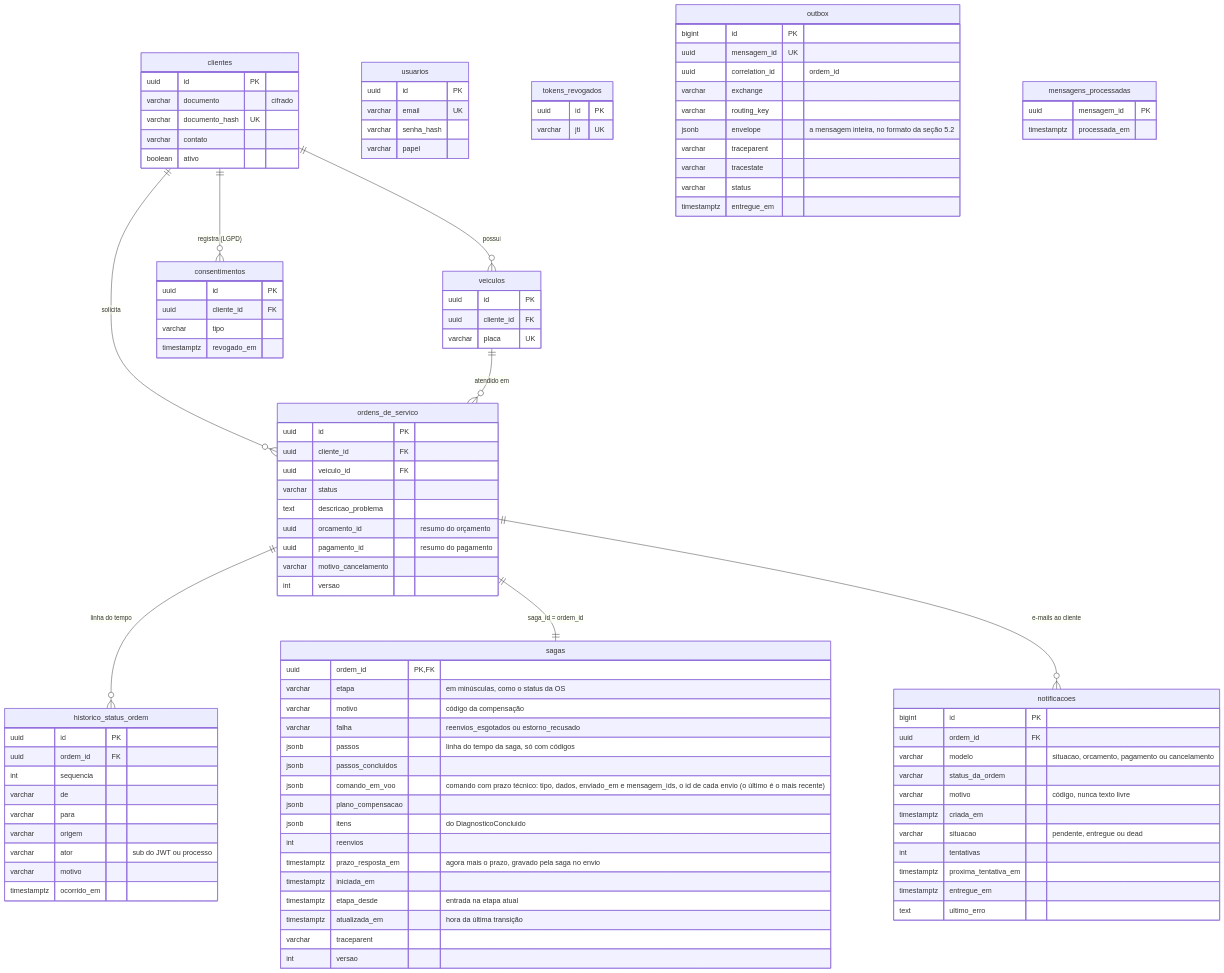
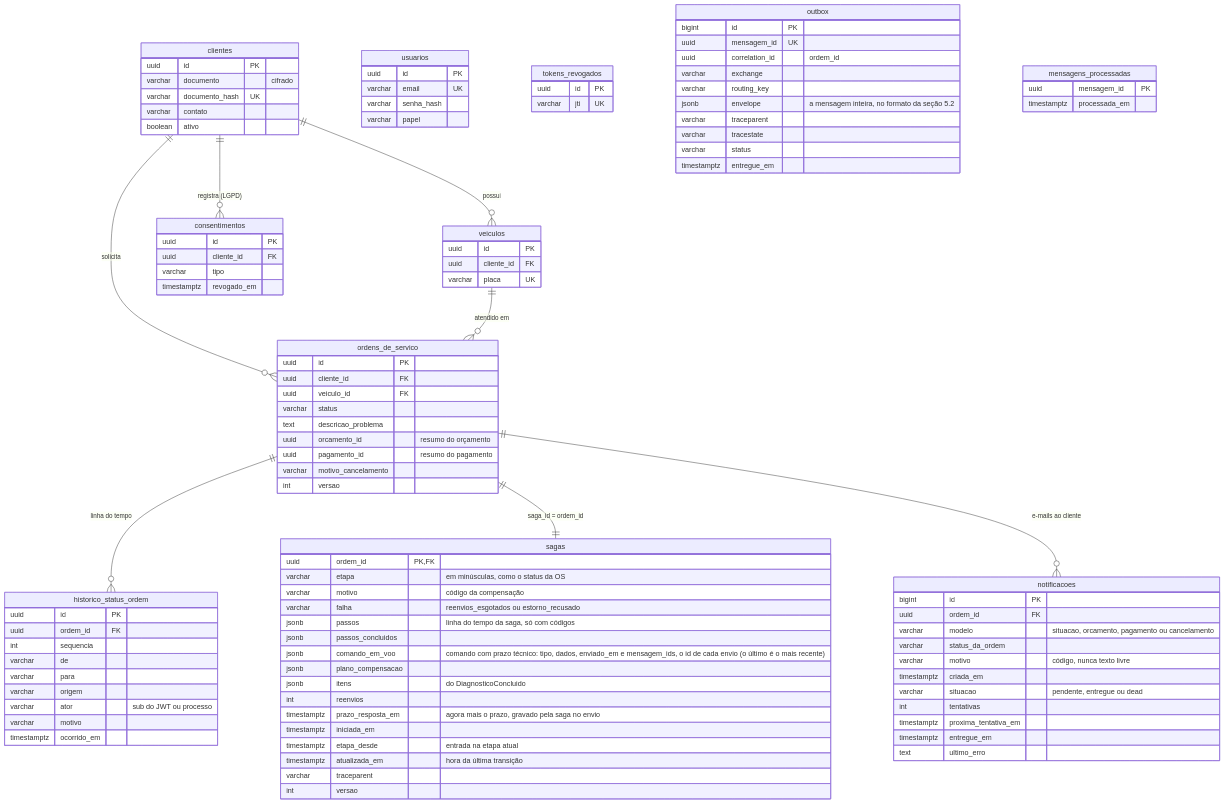
One commit to fiap-postech-sw-architecture/postech-sw-arch-p4-platform changed diagram 13 of 16 in docs/arquitetura/rfc/fase4/rfc-004-microsservicos-saga.md. Above: the diagram before and after it, drawn with Mermaid. The commit also changed other lines of this file and 25 other files, not shown here.

````diff
--- a/docs/arquitetura/rfc/fase4/rfc-004-microsservicos-saga.md
+++ b/docs/arquitetura/rfc/fase4/rfc-004-microsservicos-saga.md
@@ -826,4 +856,9 @@
 ```mermaid
+---
+config:
+  er:
+    entityPadding: 8
+---
 erDiagram
     clientes {
         uuid id PK
````
